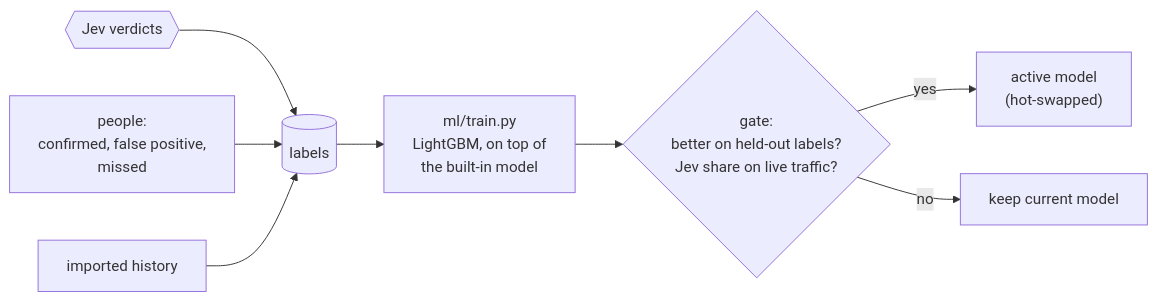
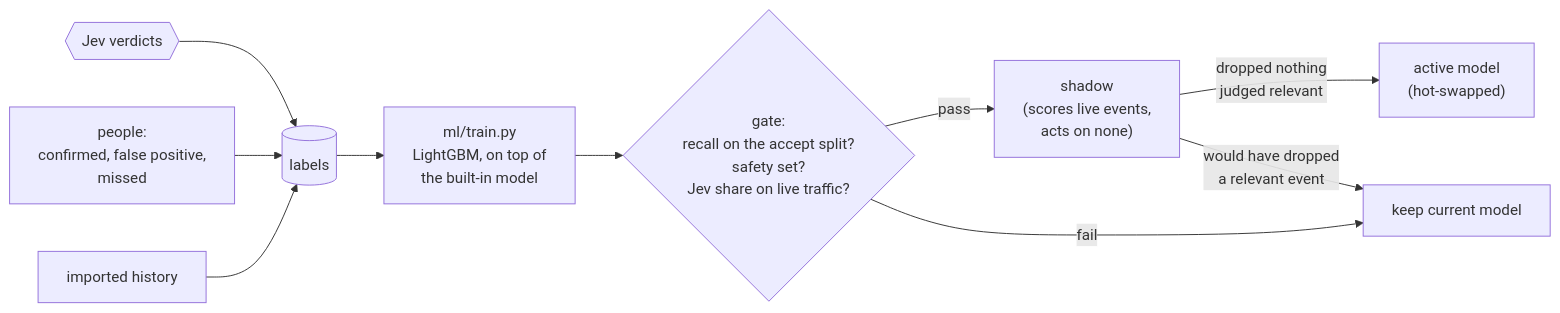
One commit to aosresearch/cloudfriend changed the diagram in docs/training.md. Above: the diagram before and after it, drawn with Mermaid. The commit also changed other lines of this file and 33 other files, not shown here.

````diff
--- a/docs/training.md
+++ b/docs/training.md
@@ -9,10 +9,12 @@
 ```mermaid
 flowchart LR
   jev{{"Jev verdicts"}} --> labels[("labels")]
   people["people:<br/>confirmed, false positive,<br/>missed"] --> labels
   history["imported history"] --> labels
   labels --> train["ml/train.py<br/>LightGBM, on top of<br/>the built-in model"]
-  train --> gate{"gate:<br/>better on held-out labels?<br/>Jev share on live traffic?"}
-  gate -->|yes| active["active model<br/>(hot-swapped)"]
-  gate -->|no| keep["keep current model"]
+  train --> gate{"gate:<br/>recall on the accept split?<br/>safety set?<br/>Jev share on live traffic?"}
+  gate -->|pass| shadow["shadow<br/>(scores live events,<br/>acts on none)"]
+  shadow -->|"dropped nothing<br/>judged relevant"| active["active model<br/>(hot-swapped)"]
+  gate -->|fail| keep["keep current model"]
+  shadow -->|"would have dropped<br/>a relevant event"| keep
 ```
````
